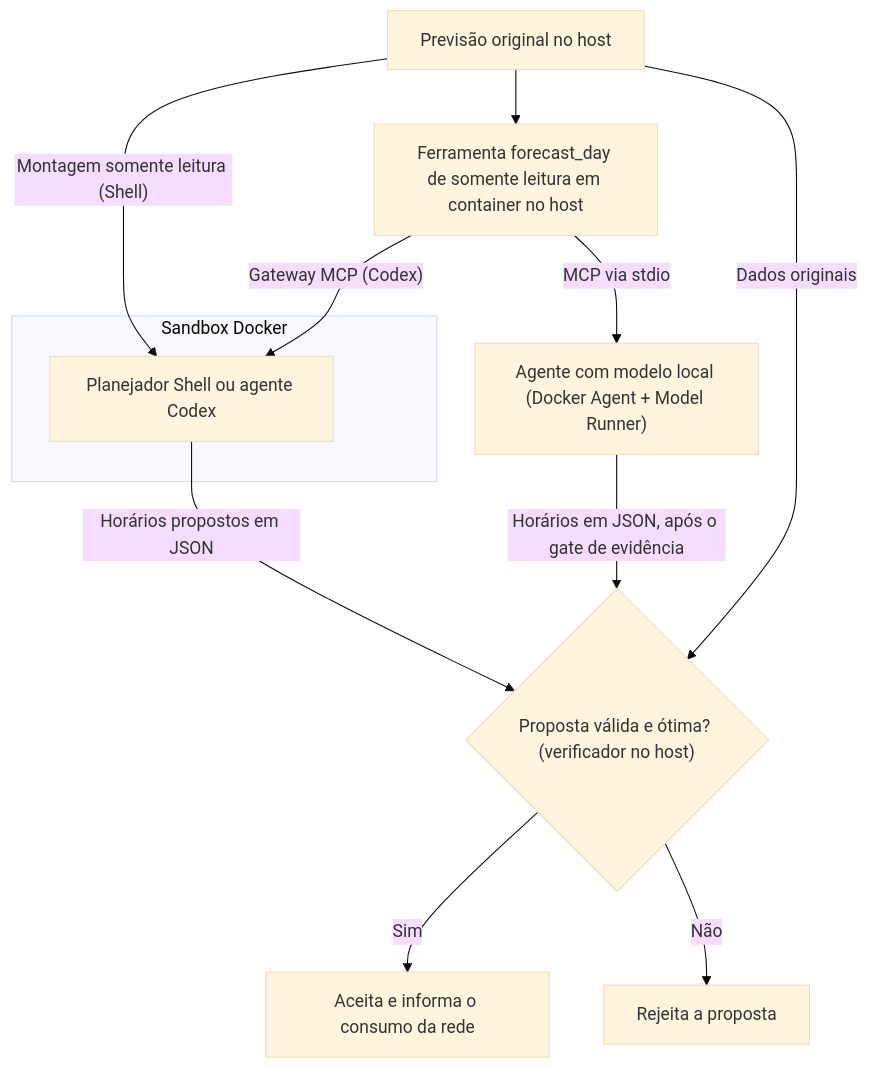
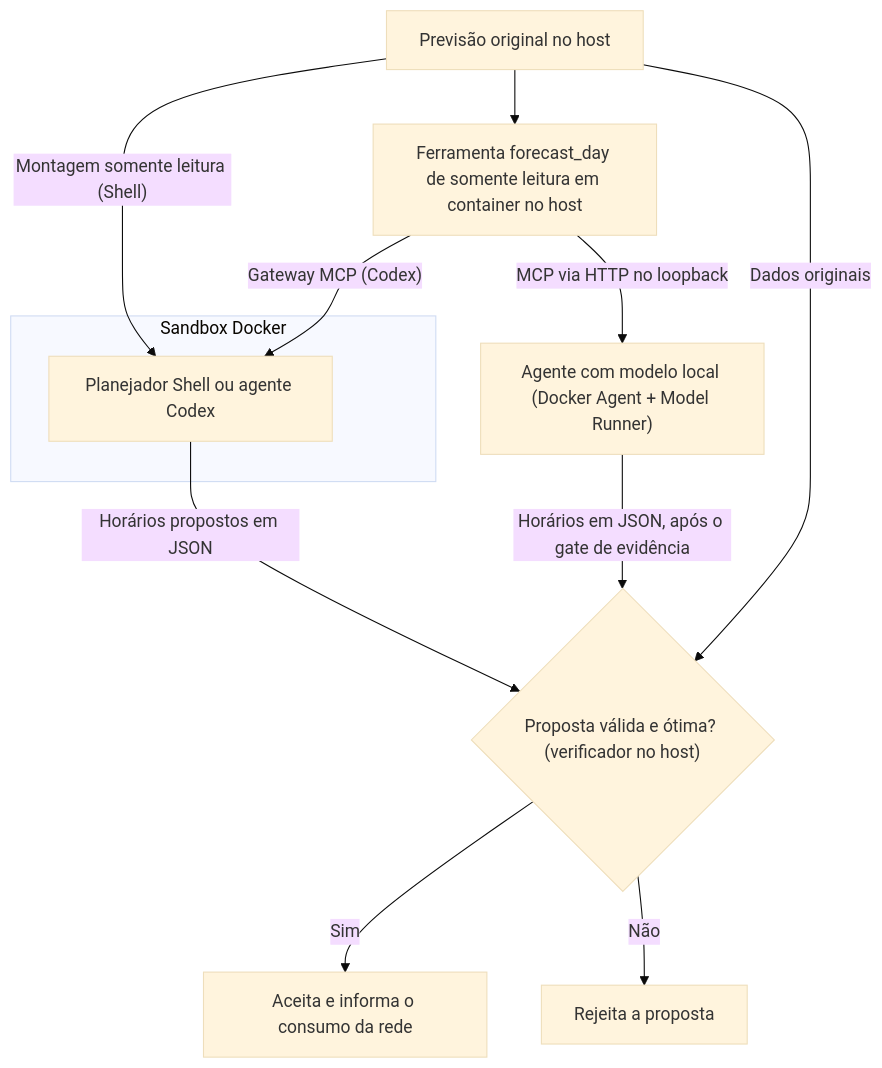
Before and after one commit to brunovicco/ai-agents-on-docker-lab: the diagram in README.pt-BR.md, drawn with Mermaid (base theme). The commit also changed other lines of this file and 1 other file, not shown here.

First line of the commit message:
Rewrite the README around the Docker experiments and their findings

````diff
--- a/README.pt-BR.md
+++ b/README.pt-BR.md
@@ -31,16 +69,16 @@
 ```mermaid
 flowchart TB
     Forecast["Previsão original no host"]
     subgraph Sandbox["Sandbox Docker"]
         Planner["Planejador Shell ou agente Codex"]
     end
     Forecast -->|"Montagem somente leitura (Shell)"| Planner
     Forecast --> MCP["Ferramenta forecast_day de somente leitura em container no host"]
     MCP -->|"Gateway MCP (Codex)"| Planner
-    MCP -->|"MCP via stdio"| Local["Agente com modelo local (Docker Agent + Model Runner)"]
+    MCP -->|"MCP via HTTP no loopback"| Local["Agente com modelo local (Docker Agent + Model Runner)"]
     Planner -->|"Horários propostos em JSON"| Verify{"Proposta válida e ótima? (verificador no host)"}
     Local -->|"Horários em JSON, após o gate de evidência"| Verify
     Forecast -->|"Dados originais"| Verify
     Verify -->|"Sim"| Accept["Aceita e informa o consumo da rede"]
     Verify -->|"Não"| Reject["Rejeita a proposta"]
 ```
````
